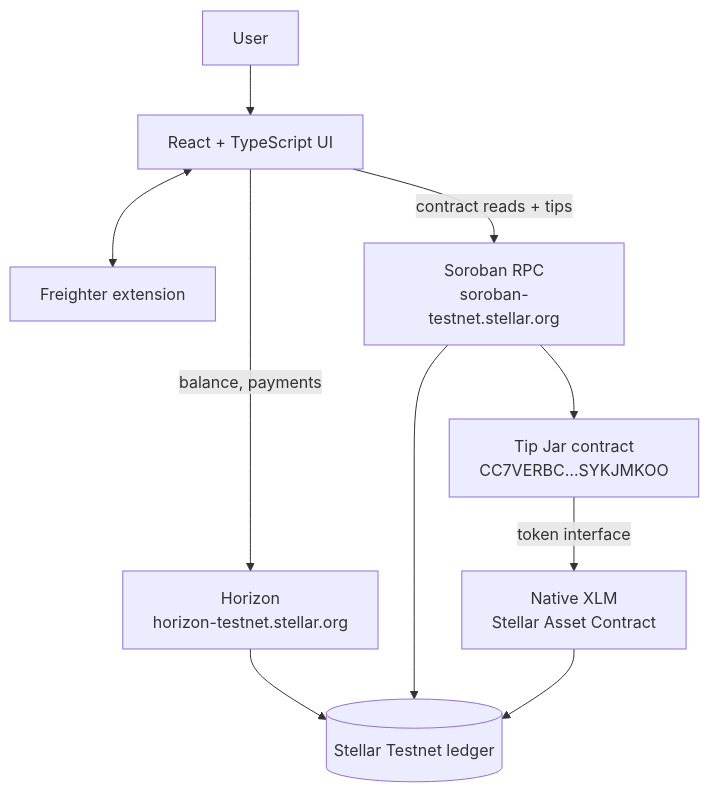
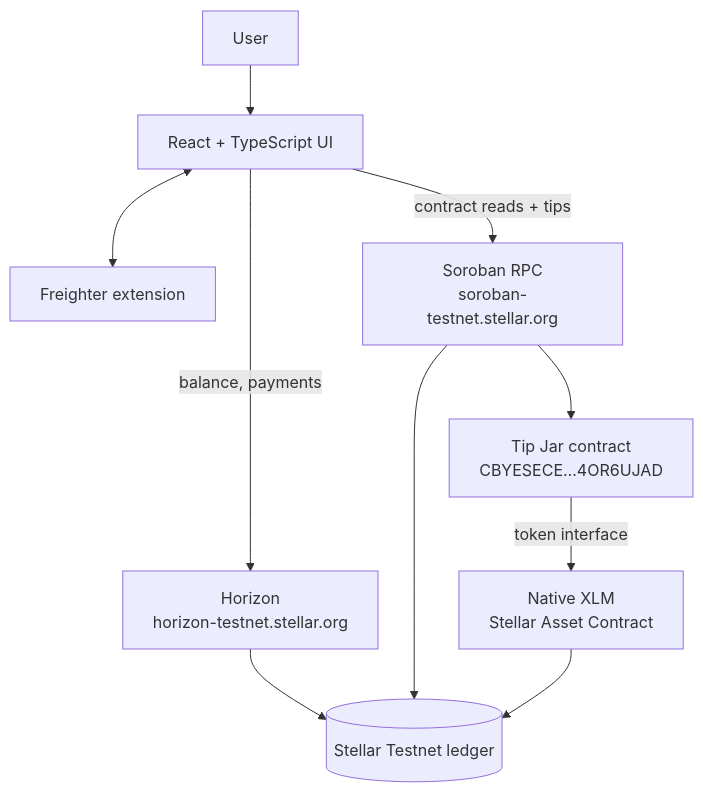
The first of 2 diagrams in README.md (koustavx08/stellar-pay), drawn with Mermaid before and after one commit. The commit also changed other lines of this file and 1 other file, not shown here.

First line of the commit message:
Point the app at the owner-controlled tip jar

````diff
--- a/README.md
+++ b/README.md
@@ -61,15 +61,15 @@
 ```mermaid
 flowchart TD
     U[User] --> UI[React + TypeScript UI]
     UI <--> FR[Freighter extension]
 
     UI -->|balance, payments| H[Horizon<br/>horizon-testnet.stellar.org]
     UI -->|contract reads + tips| R[Soroban RPC<br/>soroban-testnet.stellar.org]
 
-    R --> C[Tip Jar contract<br/>CC7VERBC…SYKJMKOO]
+    R --> C[Tip Jar contract<br/>CBYESECE…4OR6UJAD]
     C -->|token interface| S[Native XLM<br/>Stellar Asset Contract]
 
     H --> L[(Stellar Testnet ledger)]
     R --> L
     S --> L
 ```
````
